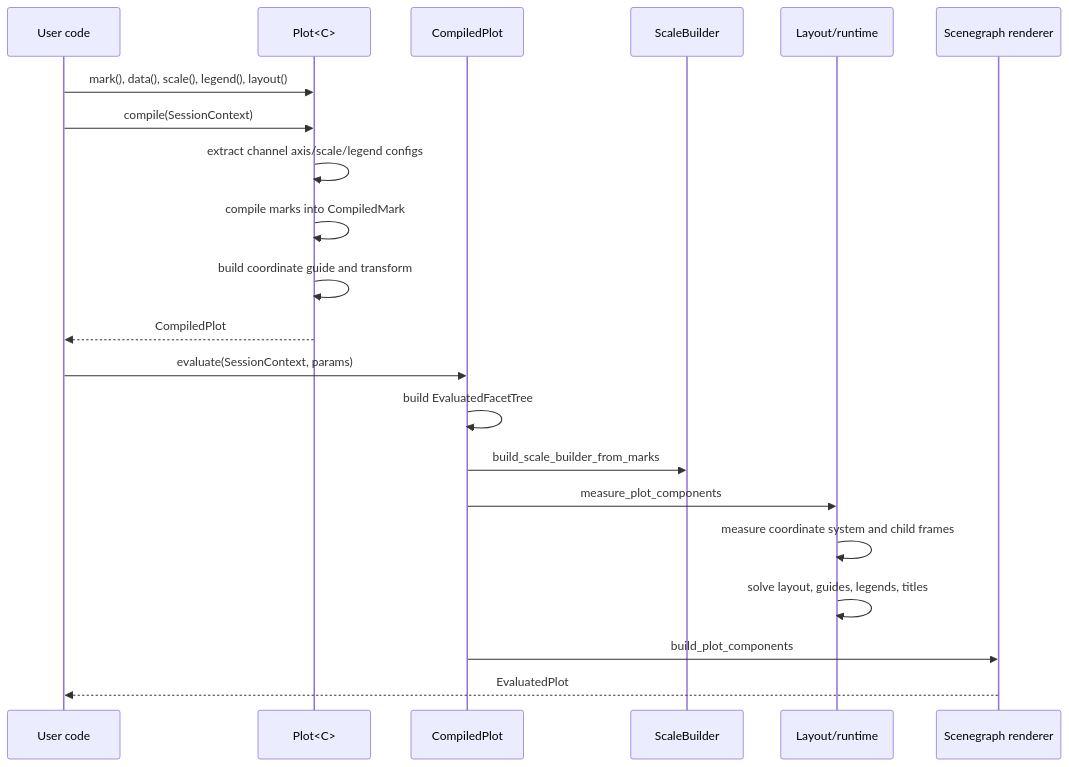
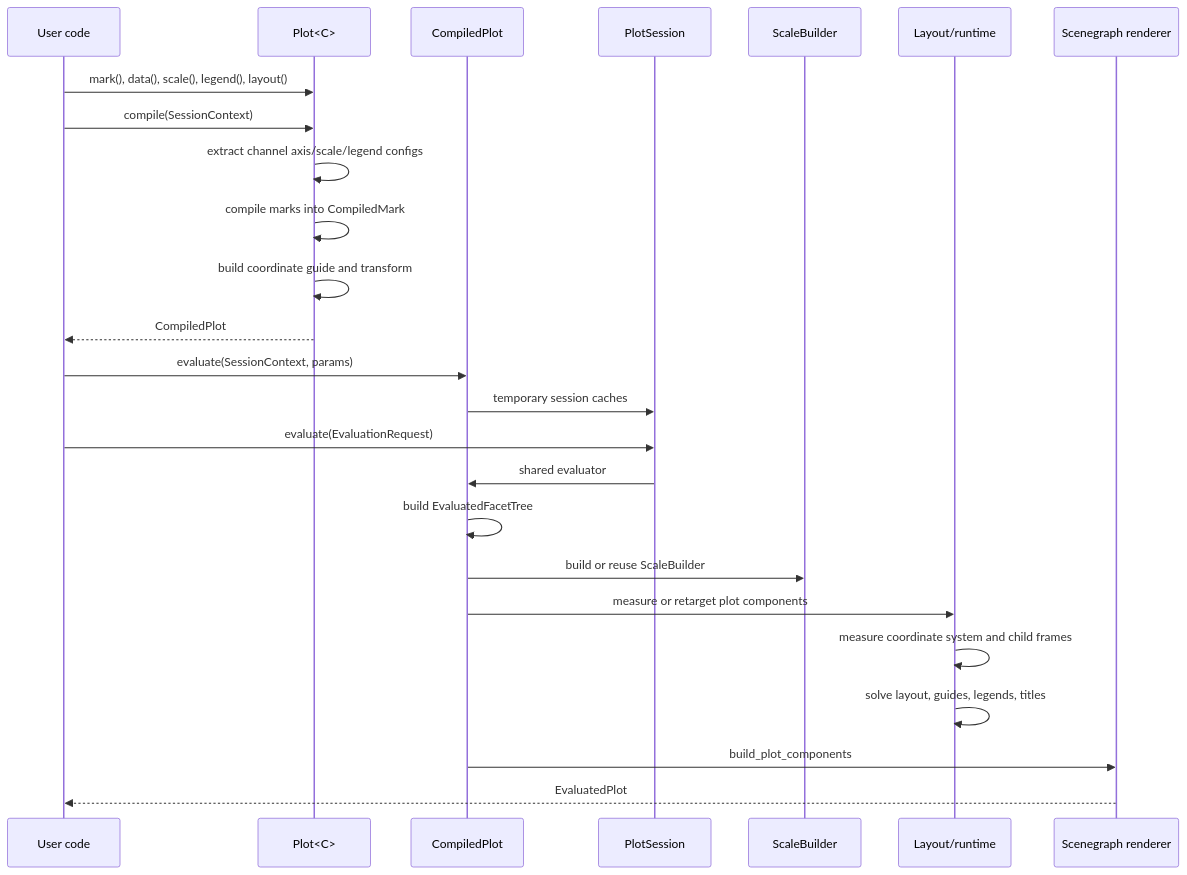
The diagram in avenger-chart/docs/architecture/compile-evaluate-render-pipeline.md (jonmmease/avenger), drawn with Mermaid before and after one commit. The commit also changed other lines of this file and 4 other files, not shown here.

Commit message:
docs(chart): document plot session evaluation

````diff
--- a/avenger-chart/docs/architecture/compile-evaluate-render-pipeline.md
+++ b/avenger-chart/docs/architecture/compile-evaluate-render-pipeline.md
@@ -14,24 +16,28 @@
 ```mermaid
 sequenceDiagram
     participant User as User code
     participant Plot as Plot<C>
     participant Compiled as CompiledPlot
+    participant Session as PlotSession
     participant Scales as ScaleBuilder
     participant Layout as Layout/runtime
     participant Render as Scenegraph renderer
 
     User->>Plot: mark(), data(), scale(), legend(), layout()
     User->>Plot: compile(SessionContext)
     Plot->>Plot: extract channel axis/scale/legend configs
     Plot->>Plot: compile marks into CompiledMark
     Plot->>Plot: build coordinate guide and transform
     Plot-->>User: CompiledPlot
     User->>Compiled: evaluate(SessionContext, params)
+    Compiled->>Session: temporary session caches
+    User->>Session: evaluate(EvaluationRequest)
+    Session->>Compiled: shared evaluator
     Compiled->>Compiled: build EvaluatedFacetTree
-    Compiled->>Scales: build_scale_builder_from_marks
-    Compiled->>Layout: measure_plot_components
+    Compiled->>Scales: build or reuse ScaleBuilder
+    Compiled->>Layout: measure or retarget plot components
     Layout->>Layout: measure coordinate system and child frames
     Layout->>Layout: solve layout, guides, legends, titles
     Compiled->>Render: build_plot_components
     Render-->>User: EvaluatedPlot
 ```
````
